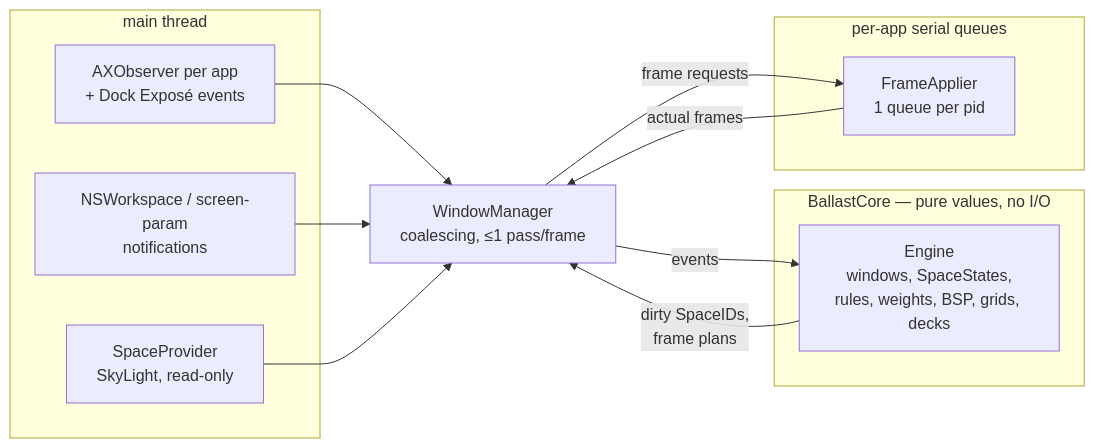
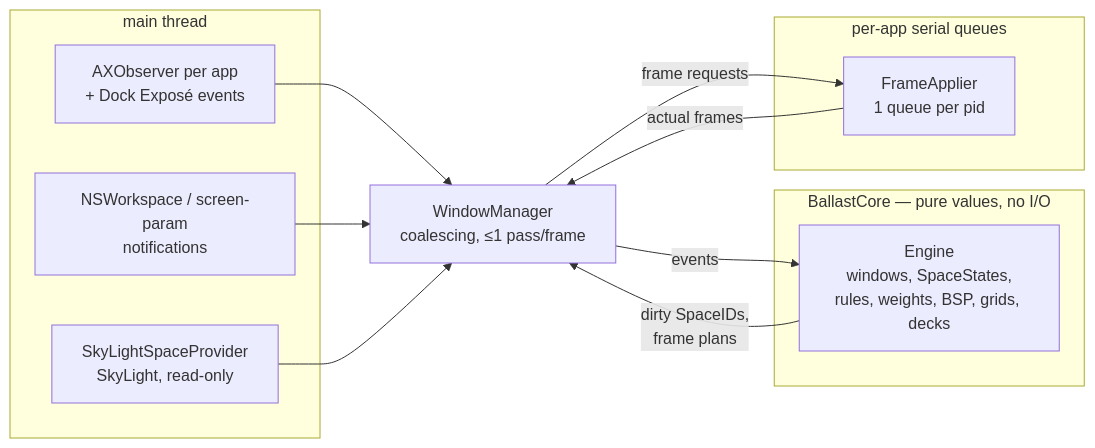
The diagram in docs/DESIGN.md (andyhite/ballast), drawn with Mermaid before and after one commit. The commit also changed other lines of this file and 58 other files, not shown here.

````diff
--- a/docs/DESIGN.md
+++ b/docs/DESIGN.md
@@ -40,21 +40,21 @@
 ```mermaid
 flowchart LR
   subgraph Observation [main thread]
     AXO[AXObserver per app<br/>+ Dock Exposé events]
     WS[NSWorkspace / screen-param<br/>notifications]
-    SL[SpaceProvider<br/>SkyLight, read-only]
+    SL[SkyLightSpaceProvider<br/>SkyLight, read-only]
   end
   subgraph Core [BallastCore — pure values, no I/O]
     E[Engine<br/>windows, SpaceStates,<br/>rules, weights, BSP, grids, decks]
   end
   subgraph Mutation [per-app serial queues]
     FA[FrameApplier<br/>1 queue per pid]
   end
   AXO --> WM[WindowManager<br/>coalescing, ≤1 pass/frame]
   WS --> WM
   SL --> WM
   WM -- events --> E
   E -- dirty SpaceIDs,<br/>frame plans --> WM
   WM -- frame requests --> FA
   FA -- actual frames --> WM
 ```
````
